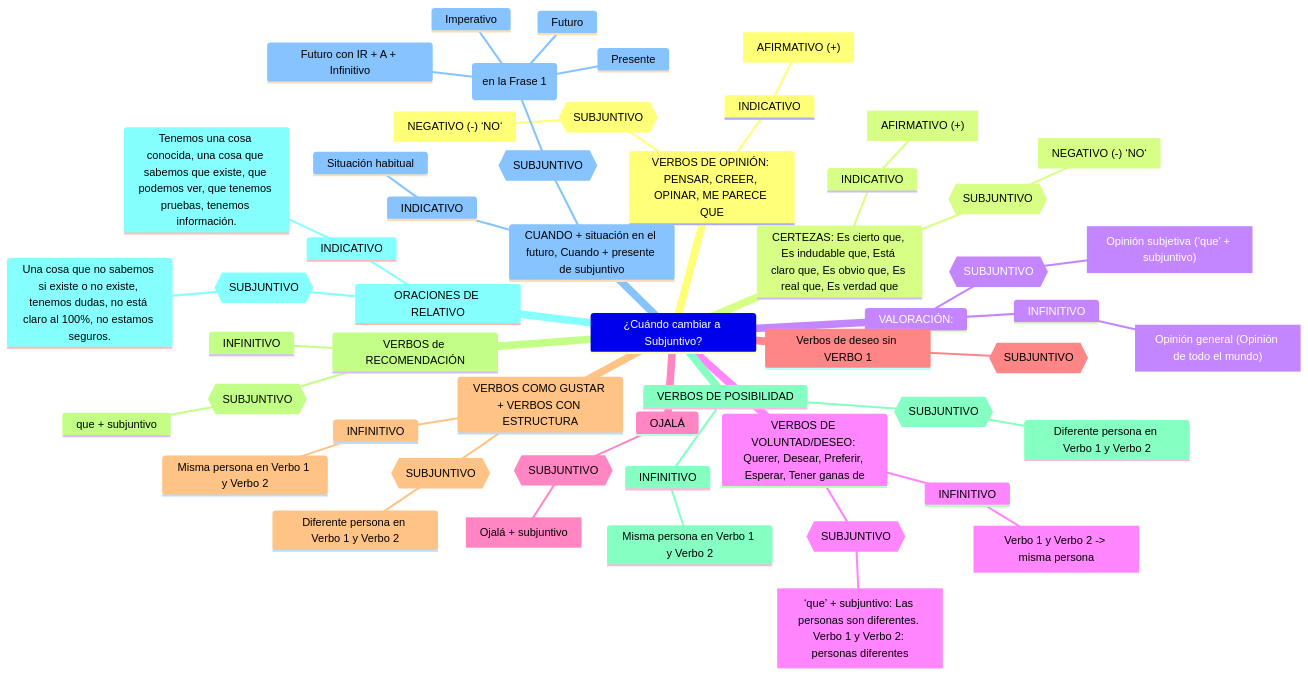
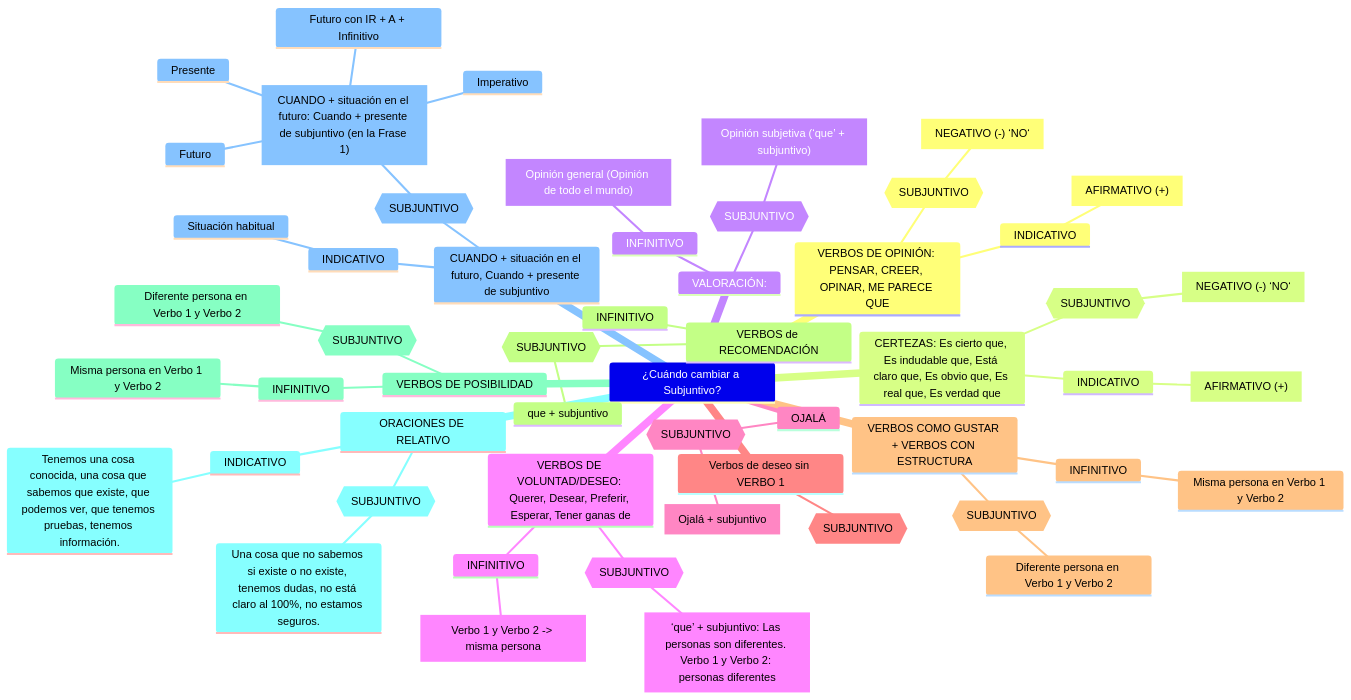
The second of 4 diagrams in test.md (bibenga/docker-django-play), drawn with Mermaid before and after one commit. The commit also changed other lines of this file, not shown here.

````diff
--- a/test.md
+++ b/test.md
@@ -25,57 +25,57 @@
 ```mermaid
 mindmap
 ¿Cuándo cambiar a Subjuntivo?
     VERBOS DE OPINIÓN: PENSAR, CREER, OPINAR, ME PARECE QUE
         INDICATIVO
             ["AFIRMATIVO (+)"]
         {{SUBJUNTIVO}}
             ["NEGATIVO (-) ‘NO‘"]
     CERTEZAS: Es cierto que, Es indudable que, Está claro que, Es obvio que, Es real que, Es verdad que
         INDICATIVO
             ["AFIRMATIVO (+)"]
         {{SUBJUNTIVO}}
             ["NEGATIVO (-) ‘NO‘"]
     VALORACIÓN:
         INFINITIVO
             ["Opinión general (Opinión de todo el mundo)"]
         {{SUBJUNTIVO}}
             ["Opinión subjetiva (‘que’ + subjuntivo)"]
     VERBOS DE VOLUNTAD/DESEO: Querer, Desear, Preferir, Esperar, Tener ganas de
         INFINITIVO
             ["Verbo 1 y Verbo 2 -> misma persona"]
         {{SUBJUNTIVO}}
             ["‘que’ + subjuntivo: Las personas son diferentes. Verbo 1 y Verbo 2: personas diferentes"]
     OJALÁ
         {{SUBJUNTIVO}}
             ["Ojalá + subjuntivo"]
     Verbos de deseo sin VERBO 1
         {{SUBJUNTIVO}}
     VERBOS COMO GUSTAR + VERBOS CON ESTRUCTURA
         INFINITIVO
             Misma persona en Verbo 1 y Verbo 2
         {{SUBJUNTIVO}}
             Diferente persona en Verbo 1 y Verbo 2
     VERBOS de RECOMENDACIÓN
         INFINITIVO
         {{SUBJUNTIVO}}
             que + subjuntivo
     VERBOS DE POSIBILIDAD
         INFINITIVO
             Misma persona en Verbo 1 y Verbo 2
         {{SUBJUNTIVO}}
             Diferente persona en Verbo 1 y Verbo 2
     ORACIONES DE RELATIVO
         INDICATIVO
             Tenemos una cosa conocida, una cosa que sabemos que existe, que podemos ver, que tenemos pruebas, tenemos información.
         {{SUBJUNTIVO}}
             Una cosa que no sabemos si existe o no existe, tenemos dudas, no está claro al 100%, no estamos seguros.
     CUANDO + situación en el futuro, Cuando + presente de subjuntivo
         INDICATIVO
             Situación habitual
         {{SUBJUNTIVO}}
-            CUANDO + situación en el futuro: Cuando + presente de subjuntivo (en la Frase 1)
+            ["CUANDO + situación en el futuro: Cuando + presente de subjuntivo (en la Frase 1)"]
                 Presente
                 Futuro con IR + A + Infinitivo
                 Futuro
                 Imperativo
 ```
````
